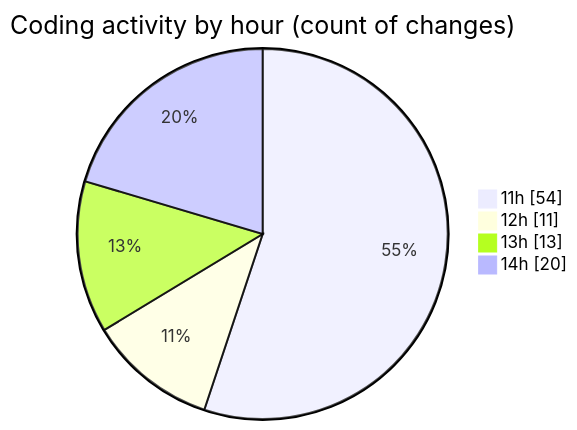
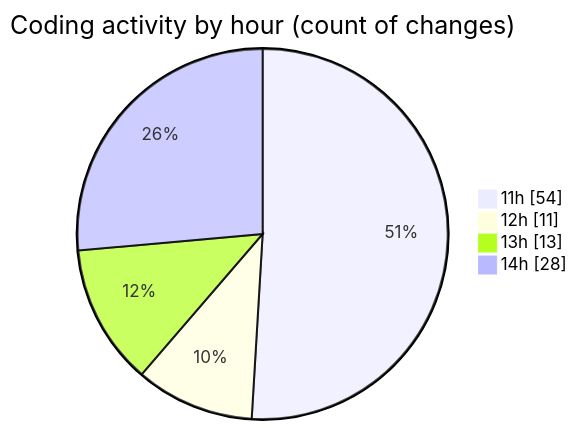
The second of 2 diagrams in 2025-03-17/audiobooks-web/README.md (robertbonfada/code-tracking), drawn with Mermaid before and after one commit. The commit also changed other lines of this file and 1 other file, not shown here.

````diff
--- a/2025-03-17/audiobooks-web/README.md
+++ b/2025-03-17/audiobooks-web/README.md
@@ -39,8 +41,8 @@
 ```mermaid
 pie showData
 title Coding activity by hour (count of changes)
 "11h" : 54
 "12h" : 11
 "13h" : 13
-"14h" : 20
+"14h" : 28
 ```
````
